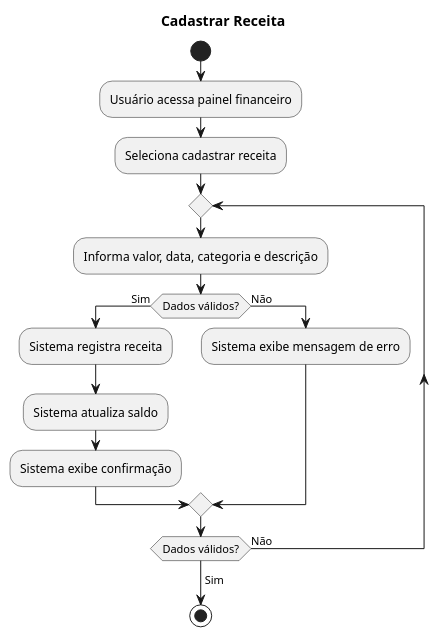
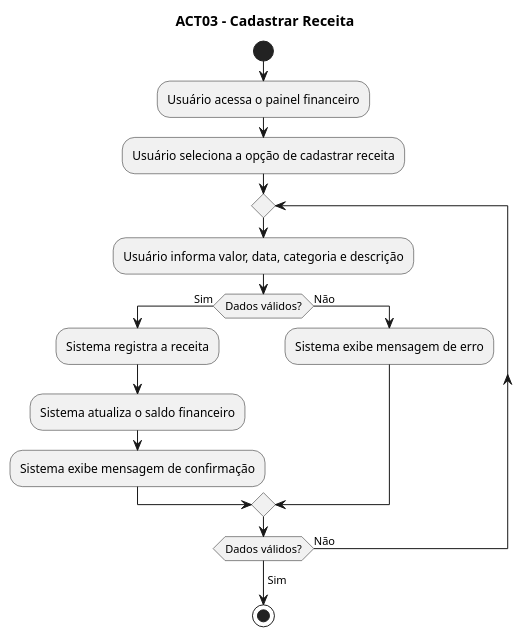
The diagram in docs/modelagem/atividades/cadastrar-receita.puml (Nathan-Edu/Financa-Facil), drawn with PlantUML before and after one commit.

```diff
--- a/docs/modelagem/atividades/cadastrar-receita.puml
+++ b/docs/modelagem/atividades/cadastrar-receita.puml
@@ -1,24 +1,25 @@
 @startuml
-title Cadastrar Receita
+title ACT03 - Cadastrar Receita
 
 start
 
-:Usuário acessa painel financeiro;
-:Seleciona cadastrar receita;
+:Usuário acessa o painel financeiro;
+:Usuário seleciona a opção de cadastrar receita;
 
 repeat
-  :Informa valor, data, categoria e descrição;
+  :Usuário informa valor, data, categoria e descrição;
 
   if (Dados válidos?) then (Sim)
-    :Sistema registra receita;
-    :Sistema atualiza saldo;
-    :Sistema exibe confirmação;
+    :Sistema registra a receita;
+    :Sistema atualiza o saldo financeiro;
+    :Sistema exibe mensagem de confirmação;
   else (Não)
     :Sistema exibe mensagem de erro;
   endif
 
 repeat while (Dados válidos?) is (Não)
 -> Sim;
 
 stop
+
 @enduml
```
